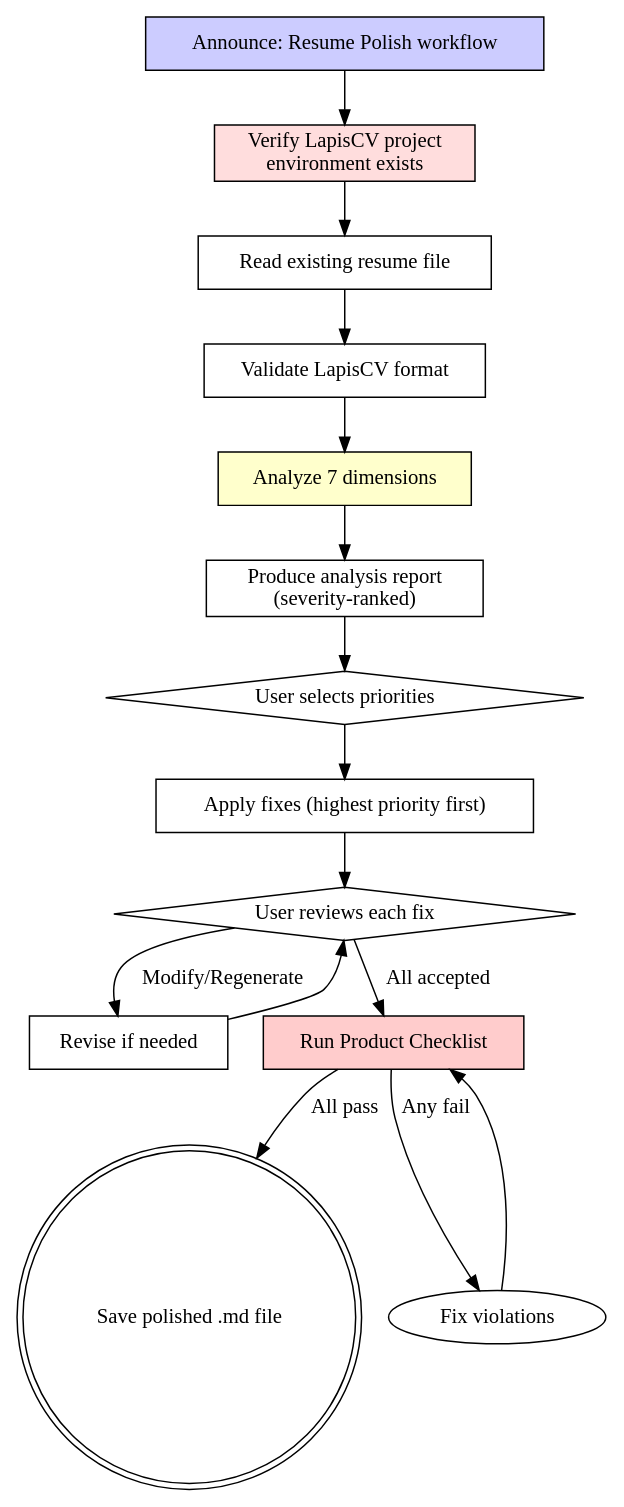
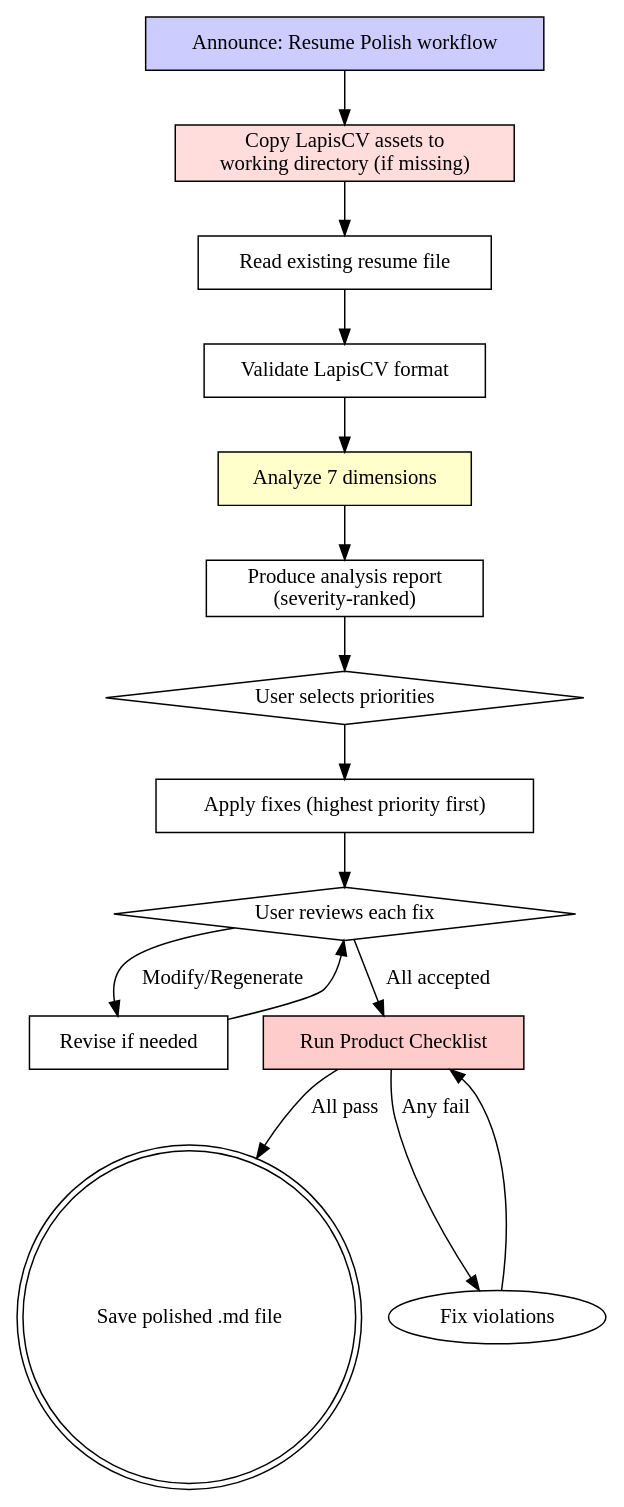
One commit to Wood-Q/Mokio-Interview-Skill changed the diagram in skills/mokio-interview-skill/resume-polish.md. Above: the diagram before and after it, drawn with Graphviz. The commit also changed other lines of this file and 16 other files, not shown here.

````diff
--- a/skills/mokio-interview-skill/resume-polish.md
+++ b/skills/mokio-interview-skill/resume-polish.md
@@ -27,32 +27,32 @@
 ```dot
 digraph resume_polish {
     rankdir=TB;
     "Announce: Resume Polish workflow" [shape=box, style=filled, fillcolor="#ccccff"];
-    "Verify LapisCV project\nenvironment exists" [shape=box, style=filled, fillcolor="#ffdddd"];
+    "Copy LapisCV assets to\nworking directory (if missing)" [shape=box, style=filled, fillcolor="#ffdddd"];
     "Read existing resume file" [shape=box];
     "Validate LapisCV format" [shape=box];
     "Analyze 7 dimensions" [shape=box, style=filled, fillcolor="#ffffcc"];
     "Produce analysis report\n(severity-ranked)" [shape=box];
     "User selects priorities" [shape=diamond];
     "Apply fixes (highest priority first)" [shape=box];
     "User reviews each fix" [shape=diamond];
     "Revise if needed" [shape=box];
     "Run Product Checklist" [shape=box, style=filled, fillcolor="#ffcccc"];
     "Save polished .md file" [shape=doublecircle];
 
-    "Announce: Resume Polish workflow" -> "Verify LapisCV project\nenvironment exists";
-    "Verify LapisCV project\nenvironment exists" -> "Read existing resume file";
+    "Announce: Resume Polish workflow" -> "Copy LapisCV assets to\nworking directory (if missing)";
+    "Copy LapisCV assets to\nworking directory (if missing)" -> "Read existing resume file";
     "Read existing resume file" -> "Validate LapisCV format";
     "Validate LapisCV format" -> "Analyze 7 dimensions";
     "Analyze 7 dimensions" -> "Produce analysis report\n(severity-ranked)";
     "Produce analysis report\n(severity-ranked)" -> "User selects priorities";
     "User selects priorities" -> "Apply fixes (highest priority first)";
     "Apply fixes (highest priority first)" -> "User reviews each fix";
     "User reviews each fix" -> "Revise if needed" [label="Modify/Regenerate"];
     "User reviews each fix" -> "Run Product Checklist" [label="All accepted"];
     "Revise if needed" -> "User reviews each fix";
     "Run Product Checklist" -> "Save polished .md file" [label="All pass"];
     "Run Product Checklist" -> "Fix violations" [label="Any fail"];
     "Fix violations" -> "Run Product Checklist";
 }
 ```
````
